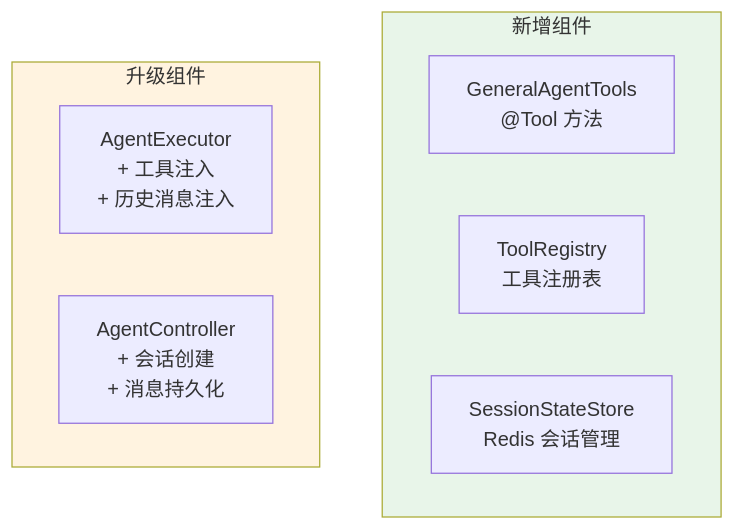
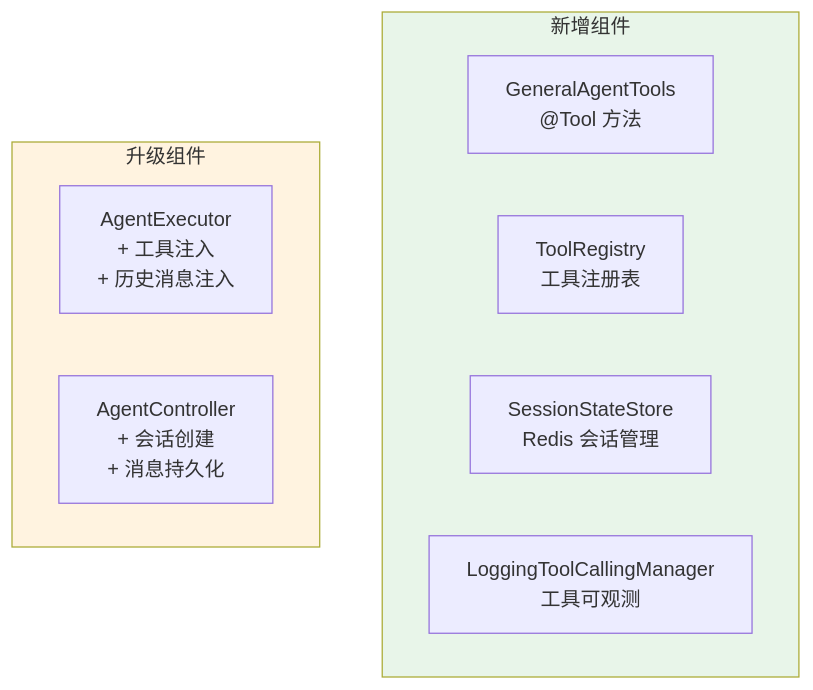
One commit to UranusGit/java-agent-learn changed the sixth of 6 diagrams in docs/项目/02-多Agent协作平台/02-迭代一-单Agent工具链.md. Above: the diagram before and after it, drawn with Mermaid. The commit also changed other lines of this file and 206 other files, not shown here.

````diff
--- a/docs/项目/02-多Agent协作平台/02-迭代一-单Agent工具链.md
+++ b/docs/项目/02-多Agent协作平台/02-迭代一-单Agent工具链.md
@@ -716,16 +887,17 @@
 ```mermaid
 graph TB
     subgraph 新增["新增组件"]
         N1["GeneralAgentTools<br/>@Tool 方法"]
         N2["ToolRegistry<br/>工具注册表"]
         N3["SessionStateStore<br/>Redis 会话管理"]
+        N4["LoggingToolCallingManager<br/>工具可观测"]
     end
 
     subgraph 升级["升级组件"]
         U1["AgentExecutor<br/>+ 工具注入<br/>+ 历史消息注入"]
         U2["AgentController<br/>+ 会话创建<br/>+ 消息持久化"]
     end
 
     style 新增 fill:#e8f5e9
     style 升级 fill:#fff3e0
 ```
````
